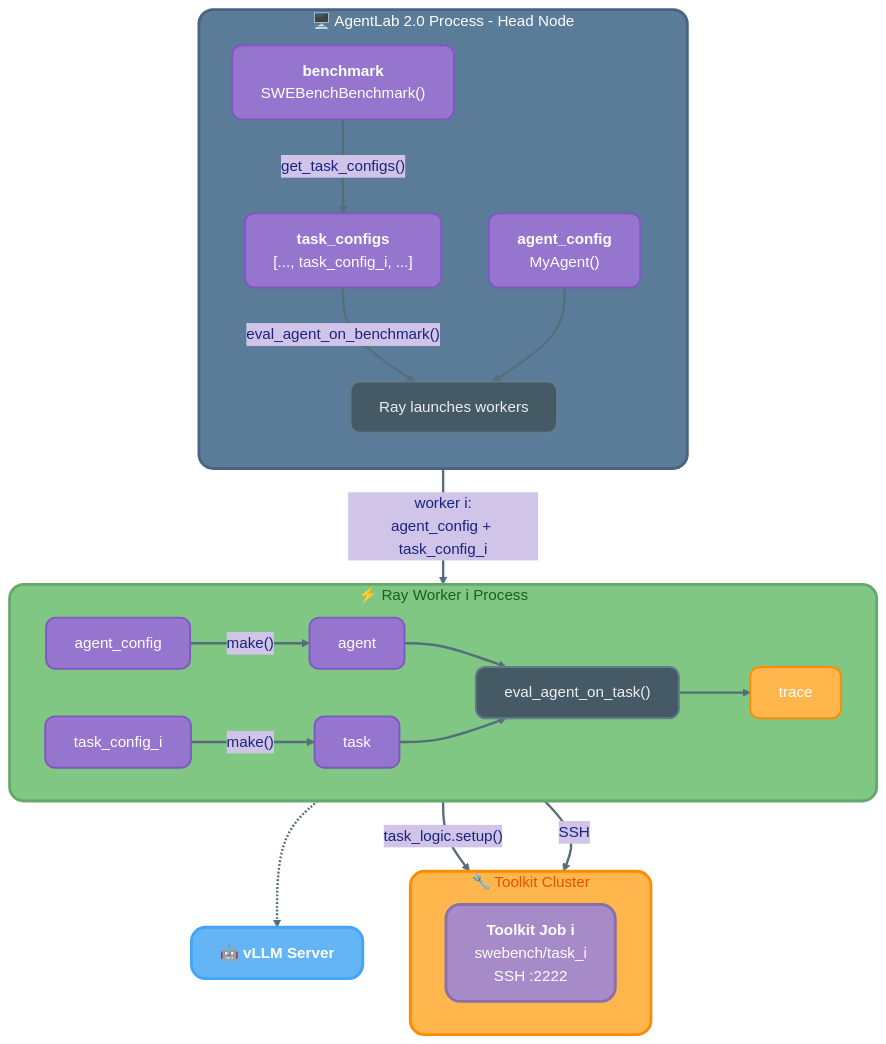
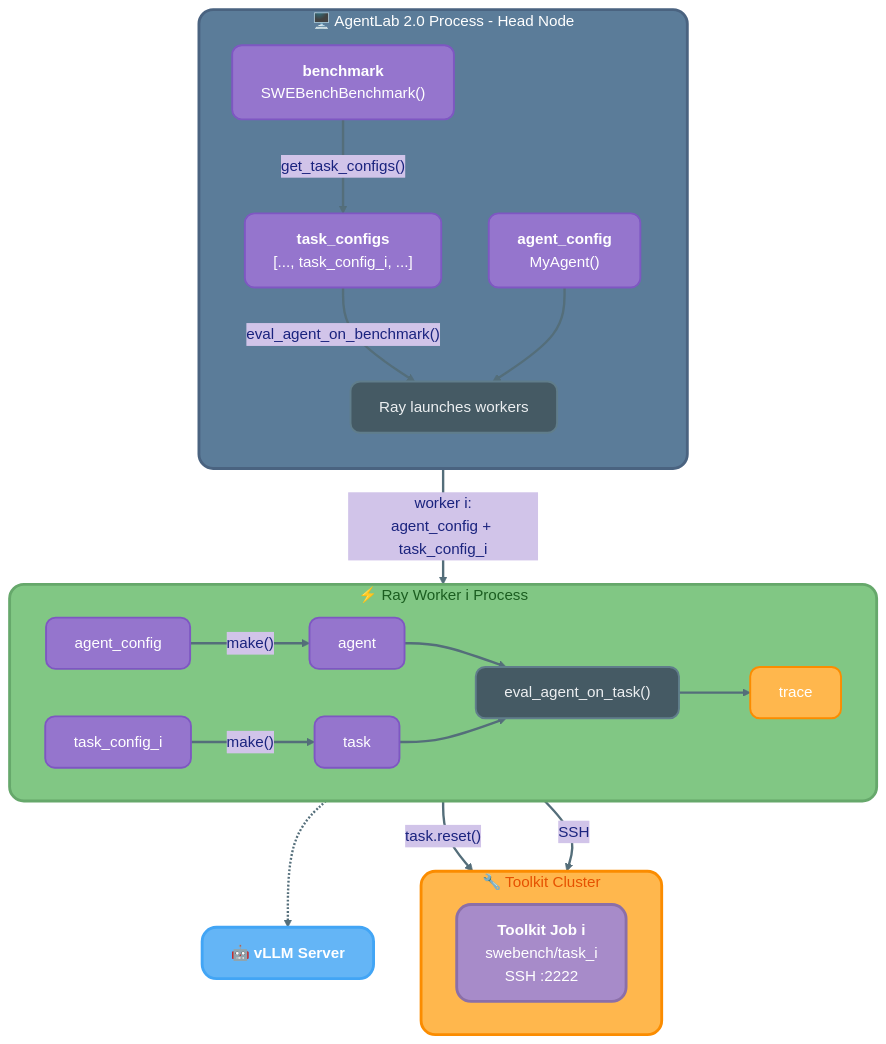
Before and after one commit to The-AI-Alliance/cube-standard: the first of 2 diagrams in design/user_experience.md, drawn with Mermaid. The commit also changed other lines of this file and 1 other file, not shown here.

Commit message:
upd docs

````diff
--- a/design/user_experience.md
+++ b/design/user_experience.md
@@ -29,65 +29,65 @@
 ```mermaid
 %%{init: {'theme':'base', 'themeVariables': { 'edgeLabelBackground':'#D1C4E9', 'clusterBkg': '#FAFAFA', 'clusterBorder': '#E0E0E0', 'tertiaryColor':'#D1C4E9', 'primaryTextColor':'#1A237E', 'lineColor':'#546E7A'}}}%%
 graph TB
     subgraph AL2Process["🖥️ AgentLab 2.0 Process - Head Node"]
         direction TB
         AgentCfg["<b>agent_config</b><br/>MyAgent()"]
         Benchmark["<b>benchmark</b><br/>SWEBenchBenchmark()"]
         TaskConfigs["<b>task_configs</b><br/>[..., task_config_i, ...]"]
 
         Benchmark -->|"get_task_configs()"| TaskConfigs
         TaskConfigs -->|"eval_agent_on_benchmark()"| RayLaunch
         AgentCfg --> RayLaunch
         RayLaunch["Ray launches workers"]
     end
 
     RayLaunch ==>|"worker i:<br/>agent_config + task_config_i"| WorkerI
 
     subgraph WorkerI["⚡ Ray Worker i Process"]
         direction LR
         TConfI["task_config_i"]
         AConfI["agent_config"]
         TaskI["task"]
         AgentI["agent"]
         EvalI["eval_agent_on_task()"]
         TraceI["trace"]
 
         TConfI -->|"make()"| TaskI
         AConfI -->|"make()"| AgentI
         AgentI --> EvalI
         TaskI --> EvalI
         EvalI --> TraceI
     end
 
     subgraph ToolkitCluster["🔧 Toolkit Cluster"]
         direction LR
         TKJobI["<b>Toolkit Job i</b><br/>swebench/task_i<br/>SSH :2222"]
     end
 
     vLLM["<b>🤖 vLLM Server</b>"]
 
-    TaskI ==>|"task_logic.setup()"| TKJobI
+    TaskI ==>|"task.reset()"| TKJobI
     TaskI -->|"SSH"| TKJobI
 
     AgentI -.-> vLLM
 
     classDef al2Style fill:#5B7C99,stroke:#4A6380,stroke-width:3px,color:#fff,rx:15,ry:15
     classDef workerStyle fill:#81C784,stroke:#66A86B,stroke-width:3px,color:#1B5E20,rx:15,ry:15
     classDef toolkitStyle fill:#FFB74D,stroke:#FB8C00,stroke-width:3px,color:#E65100,rx:15,ry:15
     classDef containerStyle fill:#A78BC9,stroke:#8B6FA8,stroke-width:3px,color:#fff,rx:15,ry:15
     classDef vllmStyle fill:#64B5F6,stroke:#42A5F5,stroke-width:3px,color:#fff,rx:15,ry:15
     classDef objectStyle fill:#9575CD,stroke:#7E57C2,stroke-width:2px,color:#fff,rx:10,ry:10
     classDef actionStyle fill:#455A64,stroke:#607D8B,stroke-width:2px,color:#ECEFF1,rx:10,ry:10
     classDef traceStyle fill:#FFB74D,stroke:#FB8C00,stroke-width:2px,color:#fff,rx:10,ry:10
 
     linkStyle default stroke:#546E7A,stroke-width:2.5px
 
     class AL2Process al2Style
     class WorkerI workerStyle
     class ToolkitCluster toolkitStyle
     class TKJobI containerStyle
     class vLLM vllmStyle
     class AgentCfg,AConfI,Benchmark,TConfI,TaskConfigs,TaskI,AgentI objectStyle
     class RayLaunch,EvalI actionStyle
     class TraceI traceStyle
 ```
````
